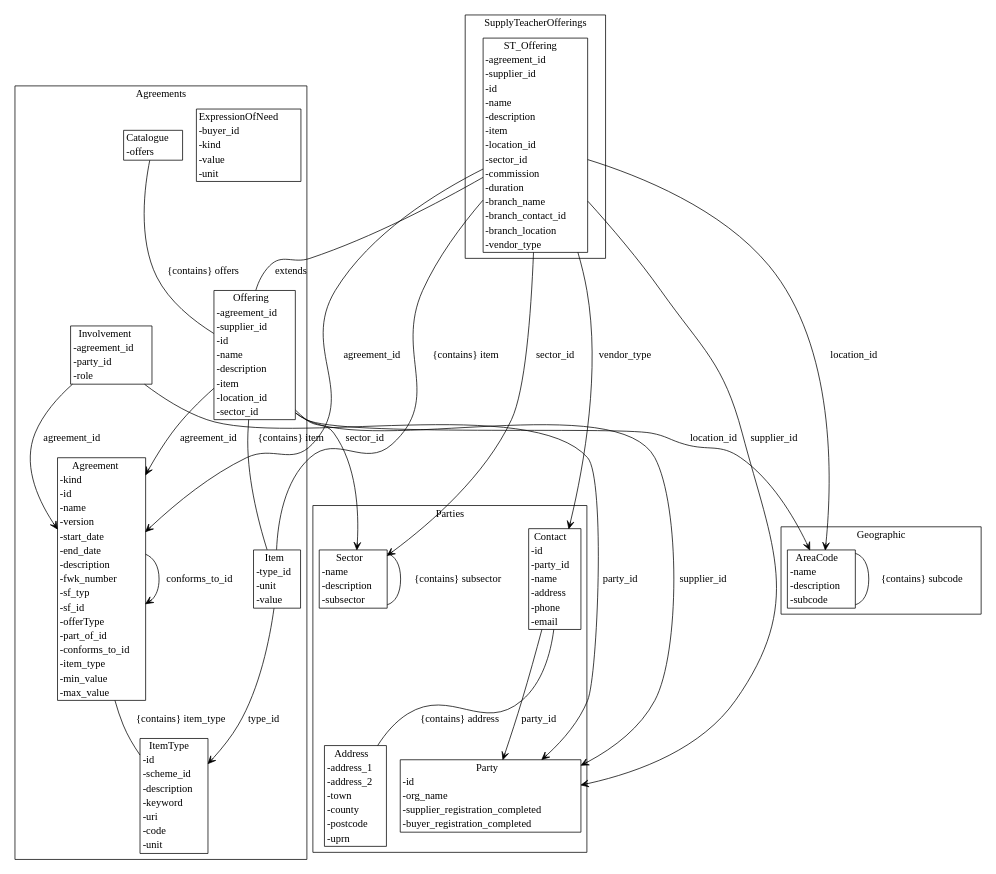
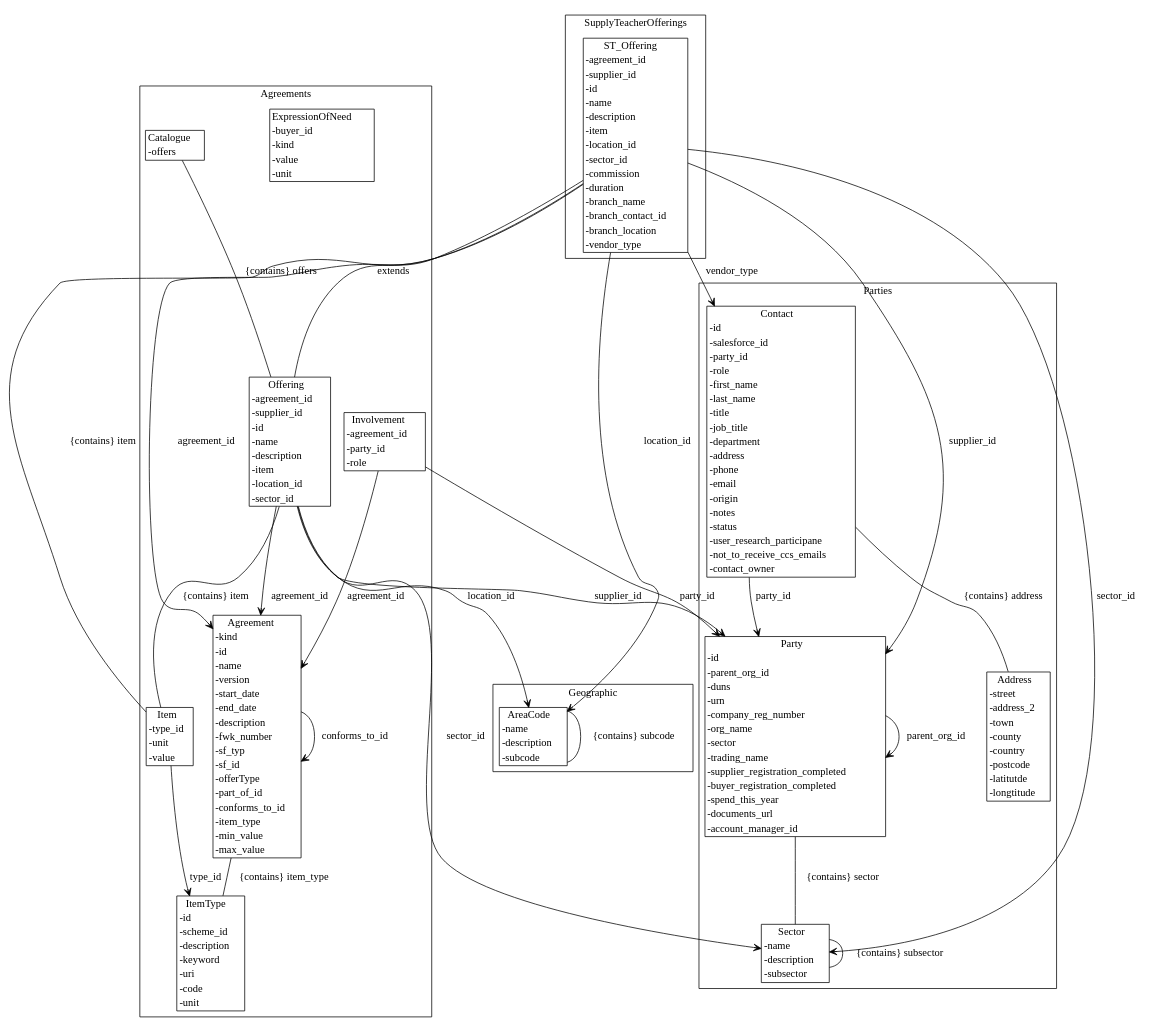
The diagram in agreement-design/gen/diagrams/metamodel.dot (Crown-Commercial-Service/cmp-design-prototype), drawn with Graphviz before and after one commit. The commit also changed 8 other files, not shown here.

```diff
--- a/agreement-design/gen/diagrams/metamodel.dot
+++ b/agreement-design/gen/diagrams/metamodel.dot
@@ -1,55 +1,57 @@
 strict digraph {
 subgraph cluster_Agreements {
 node [shape=plaintext margin=0];
 label=Agreements;
 "ItemType" [label=<<table BORDER="1" CELLBORDER="0" CELLSPACING="0"><TH><TD>ItemType</TD></TH><TR><TD ALIGN="LEFT">-id</TD></TR><TR><TD ALIGN="LEFT">-scheme_id</TD></TR><TR><TD ALIGN="LEFT">-description</TD></TR><TR><TD ALIGN="LEFT">-keyword</TD></TR><TR><TD ALIGN="LEFT">-uri</TD></TR><TR><TD ALIGN="LEFT">-code</TD></TR><TR><TD ALIGN="LEFT">-unit</TD></TR></table>>];
 "ExpressionOfNeed" [label=<<table BORDER="1" CELLBORDER="0" CELLSPACING="0"><TH><TD>ExpressionOfNeed</TD></TH><TR><TD ALIGN="LEFT">-buyer_id</TD></TR><TR><TD ALIGN="LEFT">-kind</TD></TR><TR><TD ALIGN="LEFT">-value</TD></TR><TR><TD ALIGN="LEFT">-unit</TD></TR></table>>];
 "Agreement" [label=<<table BORDER="1" CELLBORDER="0" CELLSPACING="0"><TH><TD>Agreement</TD></TH><TR><TD ALIGN="LEFT">-kind</TD></TR><TR><TD ALIGN="LEFT">-id</TD></TR><TR><TD ALIGN="LEFT">-name</TD></TR><TR><TD ALIGN="LEFT">-version</TD></TR><TR><TD ALIGN="LEFT">-start_date</TD></TR><TR><TD ALIGN="LEFT">-end_date</TD></TR><TR><TD ALIGN="LEFT">-description</TD></TR><TR><TD ALIGN="LEFT">-fwk_number</TD></TR><TR><TD ALIGN="LEFT">-sf_typ</TD></TR><TR><TD ALIGN="LEFT">-sf_id</TD></TR><TR><TD ALIGN="LEFT">-offerType</TD></TR><TR><TD ALIGN="LEFT">-part_of_id</TD></TR><TR><TD ALIGN="LEFT">-conforms_to_id</TD></TR><TR><TD ALIGN="LEFT">-item_type</TD></TR><TR><TD ALIGN="LEFT">-min_value</TD></TR><TR><TD ALIGN="LEFT">-max_value</TD></TR></table>>];
 "Item" [label=<<table BORDER="1" CELLBORDER="0" CELLSPACING="0"><TH><TD>Item</TD></TH><TR><TD ALIGN="LEFT">-type_id</TD></TR><TR><TD ALIGN="LEFT">-unit</TD></TR><TR><TD ALIGN="LEFT">-value</TD></TR></table>>];
 "Offering" [label=<<table BORDER="1" CELLBORDER="0" CELLSPACING="0"><TH><TD>Offering</TD></TH><TR><TD ALIGN="LEFT">-agreement_id</TD></TR><TR><TD ALIGN="LEFT">-supplier_id</TD></TR><TR><TD ALIGN="LEFT">-id</TD></TR><TR><TD ALIGN="LEFT">-name</TD></TR><TR><TD ALIGN="LEFT">-description</TD></TR><TR><TD ALIGN="LEFT">-item</TD></TR><TR><TD ALIGN="LEFT">-location_id</TD></TR><TR><TD ALIGN="LEFT">-sector_id</TD></TR></table>>];
 "Catalogue" [label=<<table BORDER="1" CELLBORDER="0" CELLSPACING="0"><TH><TD>Catalogue</TD></TH><TR><TD ALIGN="LEFT">-offers</TD></TR></table>>];
 "Involvement" [label=<<table BORDER="1" CELLBORDER="0" CELLSPACING="0"><TH><TD>Involvement</TD></TH><TR><TD ALIGN="LEFT">-agreement_id</TD></TR><TR><TD ALIGN="LEFT">-party_id</TD></TR><TR><TD ALIGN="LEFT">-role</TD></TR></table>>];
 }
 subgraph cluster_Parties {
 node [shape=plaintext margin=0];
 label=Parties;
-"Party" [label=<<table BORDER="1" CELLBORDER="0" CELLSPACING="0"><TH><TD>Party</TD></TH><TR><TD ALIGN="LEFT">-id</TD></TR><TR><TD ALIGN="LEFT">-org_name</TD></TR><TR><TD ALIGN="LEFT">-supplier_registration_completed</TD></TR><TR><TD ALIGN="LEFT">-buyer_registration_completed</TD></TR></table>>];
-"Address" [label=<<table BORDER="1" CELLBORDER="0" CELLSPACING="0"><TH><TD>Address</TD></TH><TR><TD ALIGN="LEFT">-address_1</TD></TR><TR><TD ALIGN="LEFT">-address_2</TD></TR><TR><TD ALIGN="LEFT">-town</TD></TR><TR><TD ALIGN="LEFT">-county</TD></TR><TR><TD ALIGN="LEFT">-postcode</TD></TR><TR><TD ALIGN="LEFT">-uprn</TD></TR></table>>];
-"Contact" [label=<<table BORDER="1" CELLBORDER="0" CELLSPACING="0"><TH><TD>Contact</TD></TH><TR><TD ALIGN="LEFT">-id</TD></TR><TR><TD ALIGN="LEFT">-party_id</TD></TR><TR><TD ALIGN="LEFT">-name</TD></TR><TR><TD ALIGN="LEFT">-address</TD></TR><TR><TD ALIGN="LEFT">-phone</TD></TR><TR><TD ALIGN="LEFT">-email</TD></TR></table>>];
 "Sector" [label=<<table BORDER="1" CELLBORDER="0" CELLSPACING="0"><TH><TD>Sector</TD></TH><TR><TD ALIGN="LEFT">-name</TD></TR><TR><TD ALIGN="LEFT">-description</TD></TR><TR><TD ALIGN="LEFT">-subsector</TD></TR></table>>];
+"Party" [label=<<table BORDER="1" CELLBORDER="0" CELLSPACING="0"><TH><TD>Party</TD></TH><TR><TD ALIGN="LEFT">-id</TD></TR><TR><TD ALIGN="LEFT">-parent_org_id</TD></TR><TR><TD ALIGN="LEFT">-duns</TD></TR><TR><TD ALIGN="LEFT">-urn</TD></TR><TR><TD ALIGN="LEFT">-company_reg_number</TD></TR><TR><TD ALIGN="LEFT">-org_name</TD></TR><TR><TD ALIGN="LEFT">-sector</TD></TR><TR><TD ALIGN="LEFT">-trading_name</TD></TR><TR><TD ALIGN="LEFT">-supplier_registration_completed</TD></TR><TR><TD ALIGN="LEFT">-buyer_registration_completed</TD></TR><TR><TD ALIGN="LEFT">-spend_this_year</TD></TR><TR><TD ALIGN="LEFT">-documents_url</TD></TR><TR><TD ALIGN="LEFT">-account_manager_id</TD></TR></table>>];
+"Address" [label=<<table BORDER="1" CELLBORDER="0" CELLSPACING="0"><TH><TD>Address</TD></TH><TR><TD ALIGN="LEFT">-street</TD></TR><TR><TD ALIGN="LEFT">-address_2</TD></TR><TR><TD ALIGN="LEFT">-town</TD></TR><TR><TD ALIGN="LEFT">-county</TD></TR><TR><TD ALIGN="LEFT">-country</TD></TR><TR><TD ALIGN="LEFT">-postcode</TD></TR><TR><TD ALIGN="LEFT">-latitutde</TD></TR><TR><TD ALIGN="LEFT">-longtitude</TD></TR></table>>];
+"Contact" [label=<<table BORDER="1" CELLBORDER="0" CELLSPACING="0"><TH><TD>Contact</TD></TH><TR><TD ALIGN="LEFT">-id</TD></TR><TR><TD ALIGN="LEFT">-salesforce_id</TD></TR><TR><TD ALIGN="LEFT">-party_id</TD></TR><TR><TD ALIGN="LEFT">-role</TD></TR><TR><TD ALIGN="LEFT">-first_name</TD></TR><TR><TD ALIGN="LEFT">-last_name</TD></TR><TR><TD ALIGN="LEFT">-title</TD></TR><TR><TD ALIGN="LEFT">-job_title</TD></TR><TR><TD ALIGN="LEFT">-department</TD></TR><TR><TD ALIGN="LEFT">-address</TD></TR><TR><TD ALIGN="LEFT">-phone</TD></TR><TR><TD ALIGN="LEFT">-email</TD></TR><TR><TD ALIGN="LEFT">-origin</TD></TR><TR><TD ALIGN="LEFT">-notes</TD></TR><TR><TD ALIGN="LEFT">-status</TD></TR><TR><TD ALIGN="LEFT">-user_research_participane</TD></TR><TR><TD ALIGN="LEFT">-not_to_receive_ccs_emails</TD></TR><TR><TD ALIGN="LEFT">-contact_owner</TD></TR></table>>];
 }
 subgraph cluster_Geographic {
 node [shape=plaintext margin=0];
 label=Geographic;
 "AreaCode" [label=<<table BORDER="1" CELLBORDER="0" CELLSPACING="0"><TH><TD>AreaCode</TD></TH><TR><TD ALIGN="LEFT">-name</TD></TR><TR><TD ALIGN="LEFT">-description</TD></TR><TR><TD ALIGN="LEFT">-subcode</TD></TR></table>>];
 }
 subgraph cluster_SupplyTeacherOfferings {
 node [shape=plaintext margin=0];
 label=SupplyTeacherOfferings;
 "ST_Offering" [label=<<table BORDER="1" CELLBORDER="0" CELLSPACING="0"><TH><TD>ST_Offering</TD></TH><TR><TD ALIGN="LEFT">-agreement_id</TD></TR><TR><TD ALIGN="LEFT">-supplier_id</TD></TR><TR><TD ALIGN="LEFT">-id</TD></TR><TR><TD ALIGN="LEFT">-name</TD></TR><TR><TD ALIGN="LEFT">-description</TD></TR><TR><TD ALIGN="LEFT">-item</TD></TR><TR><TD ALIGN="LEFT">-location_id</TD></TR><TR><TD ALIGN="LEFT">-sector_id</TD></TR><TR><TD ALIGN="LEFT">-commission</TD></TR><TR><TD ALIGN="LEFT">-duration</TD></TR><TR><TD ALIGN="LEFT">-branch_name</TD></TR><TR><TD ALIGN="LEFT">-branch_contact_id</TD></TR><TR><TD ALIGN="LEFT">-branch_location</TD></TR><TR><TD ALIGN="LEFT">-vendor_type</TD></TR></table>>];
 }
 "Agreement" -> "Agreement" [label="part_of_id" arrowhead = "open" arrowtail = "none" ];
 "Agreement" -> "Agreement" [label="conforms_to_id" arrowhead = "open" arrowtail = "none" ];
 "Agreement" -> "ItemType" [label="{contains} item_type" arrowhead = "none" arrowtail = "diamond" ];
 "Item" -> "ItemType" [label="type_id" arrowhead = "open" arrowtail = "none" ];
 "Offering" -> "Agreement" [label="agreement_id" arrowhead = "open" arrowtail = "none" ];
 "Offering" -> "Party" [label="supplier_id" arrowhead = "open" arrowtail = "none" ];
 "Offering" -> "Item" [label="{contains} item" arrowhead = "none" arrowtail = "diamond" ];
 "Offering" -> "AreaCode" [label="location_id" arrowhead = "open" arrowtail = "none" ];
 "Offering" -> "Sector" [label="sector_id" arrowhead = "open" arrowtail = "none" ];
 "Catalogue" -> "Offering" [label="{contains} offers" arrowhead = "none" arrowtail = "diamond" ];
 "Involvement" -> "Agreement" [label="agreement_id" arrowhead = "open" arrowtail = "none" ];
 "Involvement" -> "Party" [label="party_id" arrowhead = "open" arrowtail = "none" ];
+"Sector" -> "Sector" [label="{contains} subsector" arrowhead = "none" arrowtail = "diamond" ];
+"Party" -> "Party" [label="parent_org_id" arrowhead = "open" arrowtail = "none" ];
+"Party" -> "Sector" [label="{contains} sector" arrowhead = "none" arrowtail = "diamond" ];
 "Contact" -> "Party" [label="party_id" arrowhead = "open" arrowtail = "none" ];
 "Contact" -> "Address" [label="{contains} address" arrowhead = "none" arrowtail = "diamond" ];
-"Sector" -> "Sector" [label="{contains} subsector" arrowhead = "none" arrowtail = "diamond" ];
 "AreaCode" -> "AreaCode" [label="{contains} subcode" arrowhead = "none" arrowtail = "diamond" ];
 "ST_Offering" -> "Offering" [label="extends" arrowhead = "none" arrowtail = "normal" ];
 "ST_Offering" -> "Agreement" [label="agreement_id" arrowhead = "open" arrowtail = "none" ];
 "ST_Offering" -> "Party" [label="supplier_id" arrowhead = "open" arrowtail = "none" ];
 "ST_Offering" -> "Item" [label="{contains} item" arrowhead = "none" arrowtail = "diamond" ];
 "ST_Offering" -> "AreaCode" [label="location_id" arrowhead = "open" arrowtail = "none" ];
 "ST_Offering" -> "Sector" [label="sector_id" arrowhead = "open" arrowtail = "none" ];
 "ST_Offering" -> "Contact" [label="branch_contact_id" arrowhead = "open" arrowtail = "none" ];
 "ST_Offering" -> "Contact" [label="vendor_type" arrowhead = "open" arrowtail = "none" ];
 }
```
